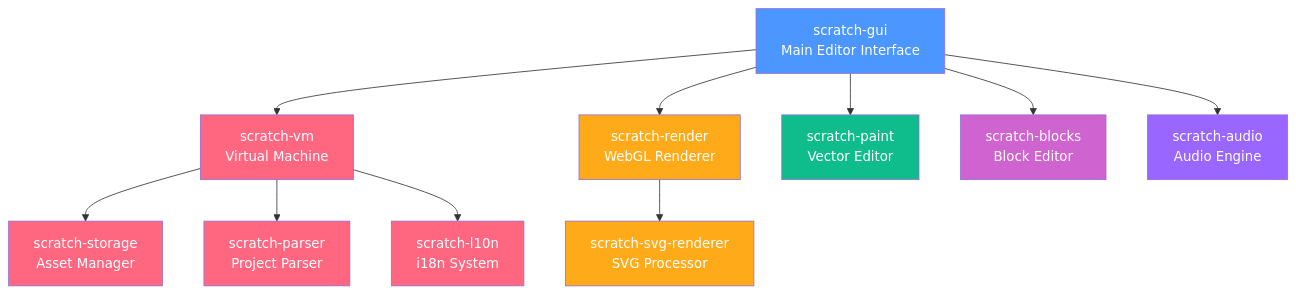
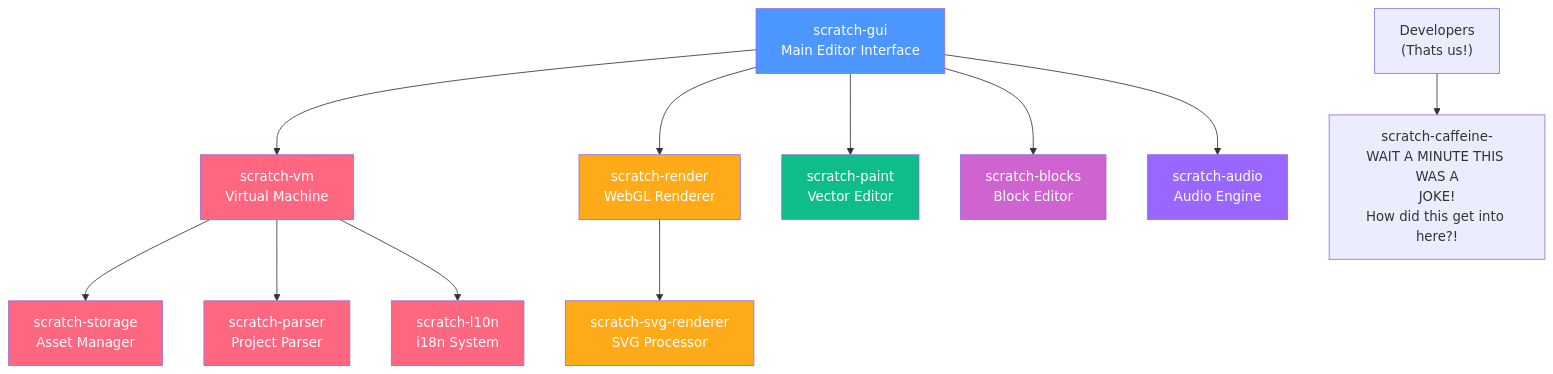
The diagram in scratch-gui/README.md (OmniBlocks/monorepo), drawn with Mermaid before and after one commit.

Commit message:
lemme have my joke back atleast amp

````diff
--- a/scratch-gui/README.md
+++ b/scratch-gui/README.md
@@ -109,23 +109,24 @@
 ```mermaid
 graph TD
     A["scratch-gui<br/>Main Editor Interface"] --> B["scratch-vm<br/>Virtual Machine"]
     A --> C["scratch-render<br/>WebGL Renderer"]
     A --> D["scratch-paint<br/>Vector Editor"]
     A --> E["scratch-blocks<br/>Block Editor"]
     A --> F["scratch-audio<br/>Audio Engine"]
     B --> G["scratch-storage<br/>Asset Manager"]
     C --> H["scratch-svg-renderer<br/>SVG Processor"]
     B --> I["scratch-parser<br/>Project Parser"]
     B --> J["scratch-l10n<br/>i18n System"]
+    K["Developers<br/>(Thats us!)"] --> L["scratch-caffeine-<br/>WAIT A MINUTE THIS WAS A<br/>JOKE!<br/>How did this get into here?!"]
     
     style A fill:#4C97FF,color:#fff
     style B fill:#FF6680,color:#fff
     style C fill:#FFAB19,color:#fff
     style D fill:#0FBD8C,color:#fff
     style E fill:#CF63CF,color:#fff
     style F fill:#9966FF,color:#fff
     style G fill:#FF6680,color:#fff
     style H fill:#FFAB19,color:#fff
     style I fill:#FF6680,color:#fff
     style J fill:#FF6680,color:#fff
 ```
````
